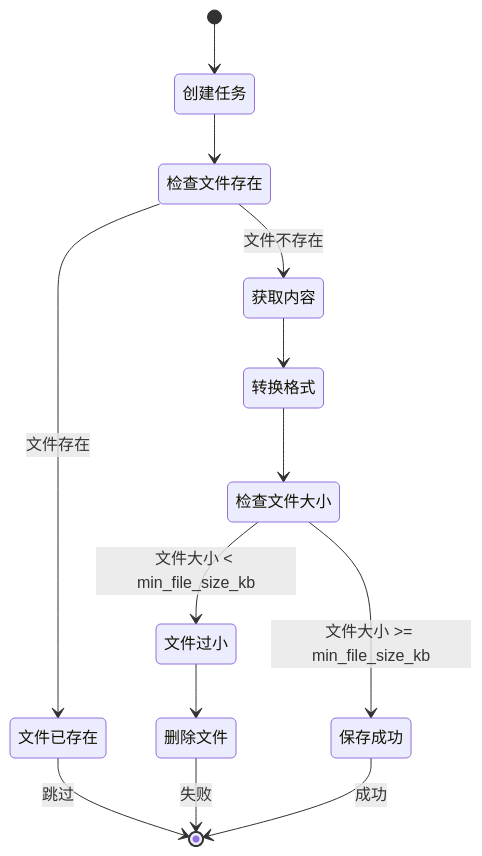
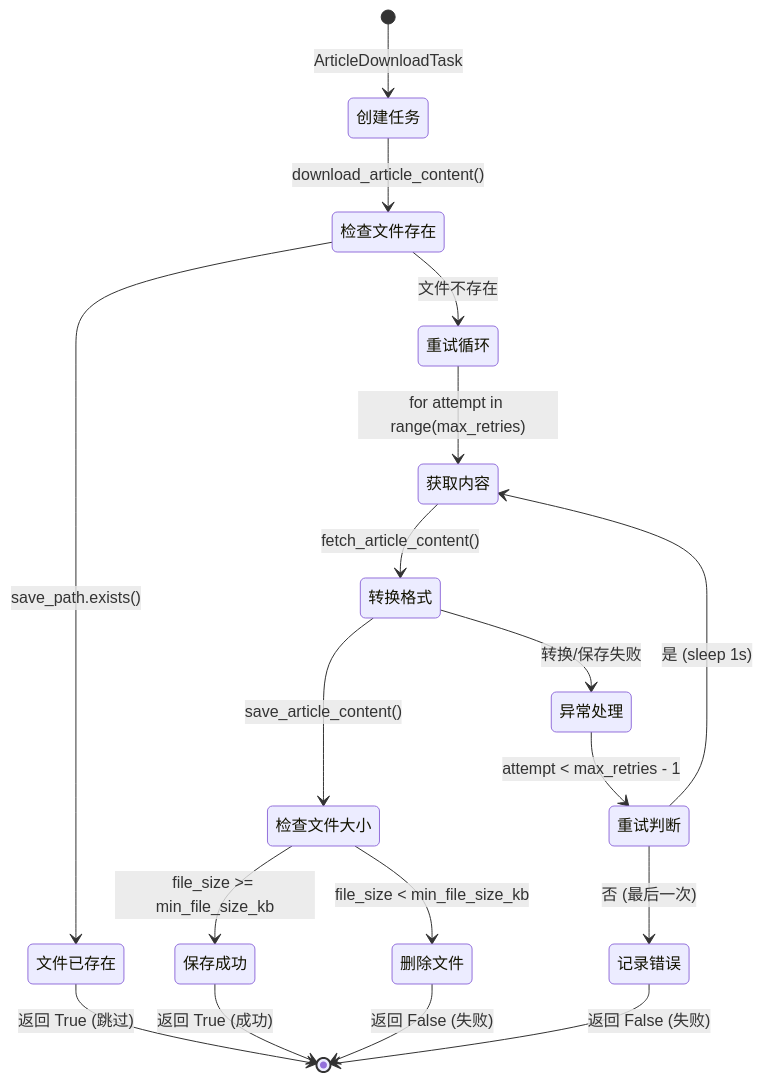
The sixth of 10 diagrams in wiki/数据流动与状态管理.md (morning-start/wxmp), drawn with Mermaid before and after one commit. The commit also changed other lines of this file and 10 other files, not shown here.

````diff
--- a/wiki/数据流动与状态管理.md
+++ b/wiki/数据流动与状态管理.md
@@ -251,23 +294,30 @@
 ```mermaid
 stateDiagram-v2
-    [*] --> 创建任务
+    [*] --> 创建任务: ArticleDownloadTask
 
-    创建任务 --> 检查文件存在
+    创建任务 --> 检查文件存在: download_article_content()
 
-    检查文件存在 --> 文件已存在: 文件存在
-    检查文件存在 --> 获取内容: 文件不存在
+    检查文件存在 --> 文件已存在: save_path.exists()
+    检查文件存在 --> 重试循环: 文件不存在
 
-    文件已存在 --> [*]: 跳过
+    文件已存在 --> [*]: 返回 True (跳过)
 
-    获取内容 --> 转换格式
+    重试循环 --> 获取内容: for attempt in range(max_retries)
 
-    转换格式 --> 检查文件大小
+    获取内容 --> 转换格式: fetch_article_content()
 
-    检查文件大小 --> 文件过小: 文件大小 < min_file_size_kb
-    检查文件大小 --> 保存成功: 文件大小 >= min_file_size_kb
+    转换格式 --> 检查文件大小: save_article_content()
+    转换格式 --> 异常处理: 转换/保存失败
 
-    文件过小 --> 删除文件
-    删除文件 --> [*]: 失败
+    检查文件大小 --> 保存成功: file_size >= min_file_size_kb
+    检查文件大小 --> 删除文件: file_size < min_file_size_kb
 
-    保存成功 --> [*]: 成功
+    删除文件 --> [*]: 返回 False (失败)
+    异常处理 --> 重试判断: attempt < max_retries - 1
+
+    重试判断 --> 获取内容: 是 (sleep 1s)
+    重试判断 --> 记录错误: 否 (最后一次)
+
+    记录错误 --> [*]: 返回 False (失败)
+    保存成功 --> [*]: 返回 True (成功)
 ```
````
